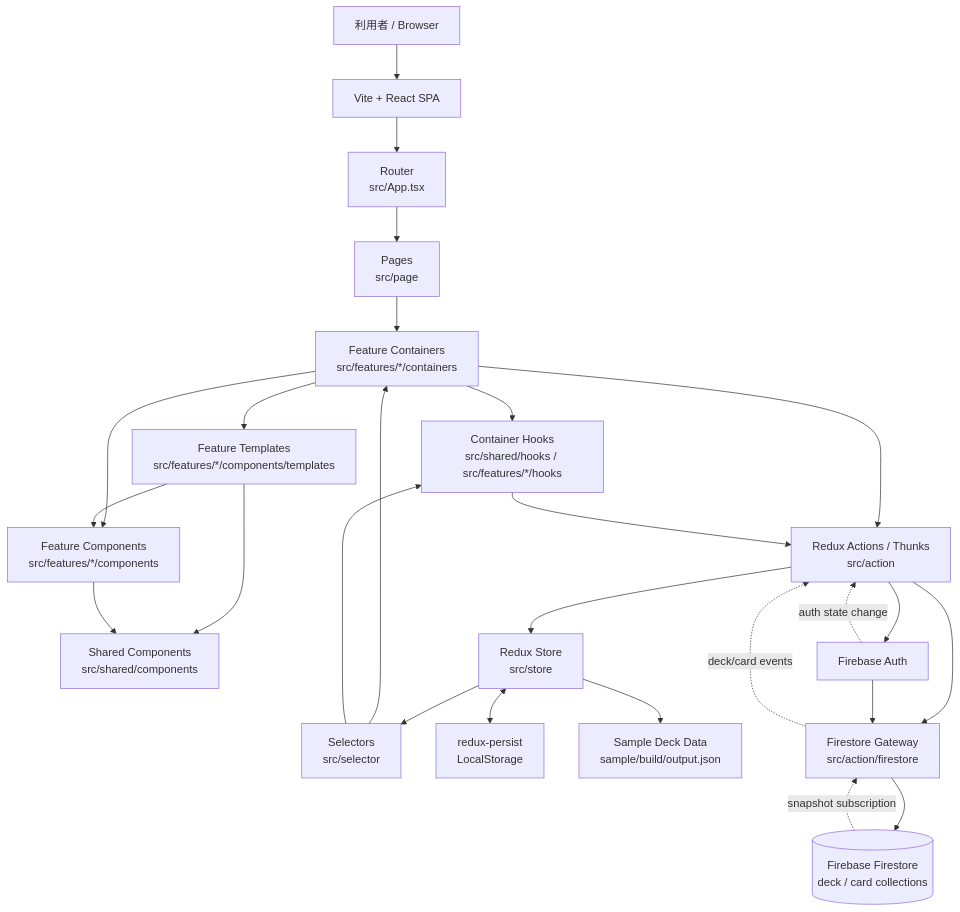
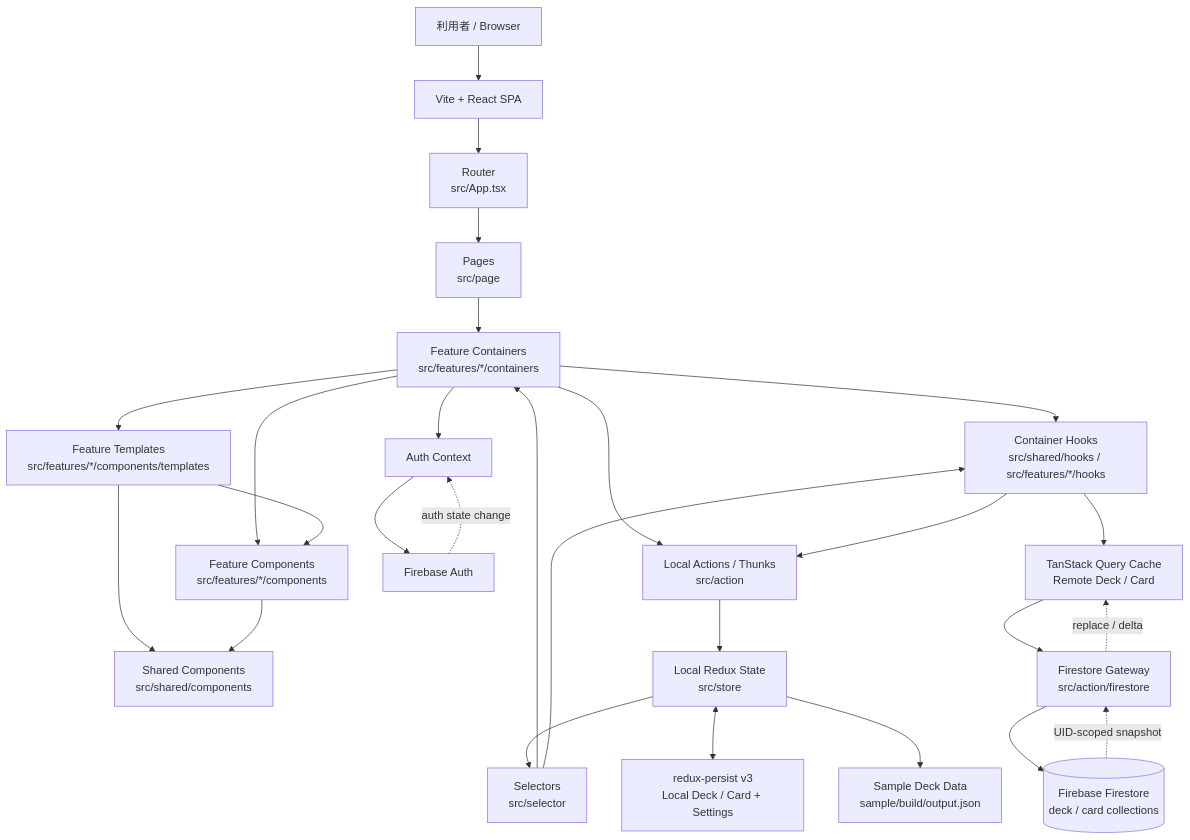
The diagram in docs/architecture.md (her0e1c1/tango), drawn with Mermaid before and after one commit. The commit also changed other lines of this file and 42 other files, not shown here.

Commit message:
refactor: make Query the only remote data cache (#274)

````diff
--- a/docs/architecture.md
+++ b/docs/architecture.md
@@ -3,31 +3,31 @@
 ```mermaid
 flowchart TD
     U[利用者 / Browser] --> V[Vite + React SPA]
     V --> R[Router<br/>src/App.tsx]
     R --> P[Pages<br/>src/page]
     P --> C[Feature Containers<br/>src/features/*/containers]
     C --> T[Feature Templates<br/>src/features/*/components/templates]
     C --> FC[Feature Components<br/>src/features/*/components]
     T --> FC
     T --> SC[Shared Components<br/>src/shared/components]
     FC --> SC
 
     C --> H[Container Hooks<br/>src/shared/hooks / src/features/*/hooks]
-    C --> A[Redux Actions / Thunks<br/>src/action]
+    C --> A[Local Actions / Thunks<br/>src/action]
     H --> A
-    A --> S[Redux Store<br/>src/store]
+    A --> S[Local Redux State<br/>src/store]
     S --> X[Selectors<br/>src/selector]
     X --> C
     X --> H
 
-    S <--> L[redux-persist<br/>LocalStorage]
+    S <--> L[redux-persist v3<br/>Local Deck / Card + Settings]
     S --> I[Sample Deck Data<br/>sample/build/output.json]
-    A --> AU[Firebase Auth]
-    A --> F[Firestore Gateway<br/>src/action/firestore]
+    C --> AC[Auth Context]
+    AC --> AU[Firebase Auth]
+    H --> Q[TanStack Query Cache<br/>Remote Deck / Card]
+    Q --> F[Firestore Gateway<br/>src/action/firestore]
     F --> DB[(Firebase Firestore<br/>deck / card collections)]
-    AU --> F
-
-    AU -. auth state change .-> A
-    DB -. snapshot subscription .-> F
-    F -. deck/card events .-> A
+    AU -. auth state change .-> AC
+    DB -. UID-scoped snapshot .-> F
+    F -. replace / delta .-> Q
 ```
````
